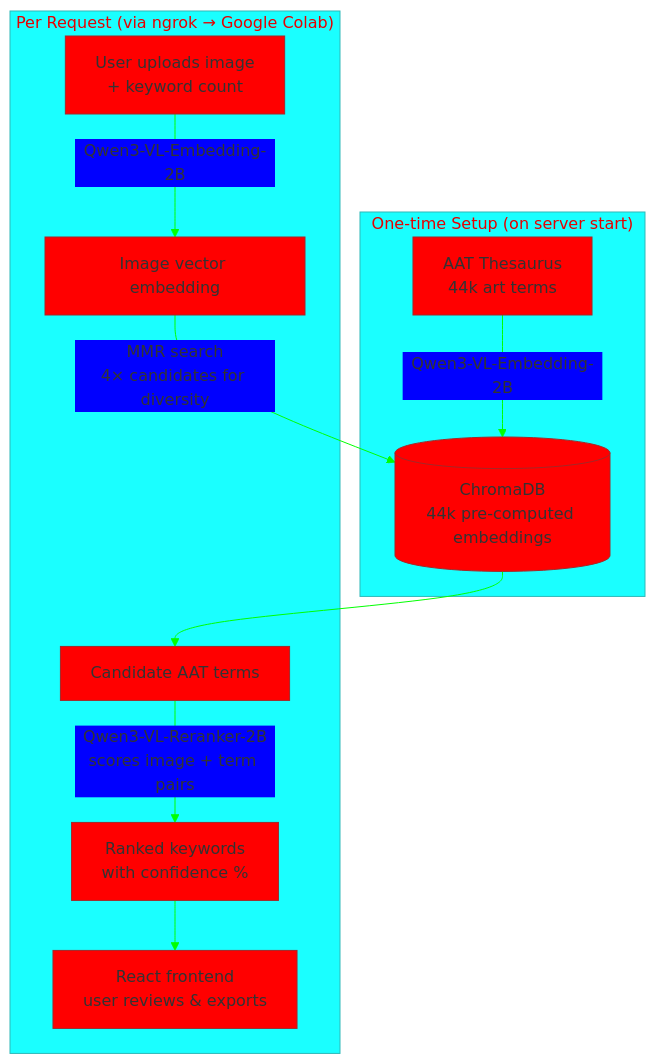
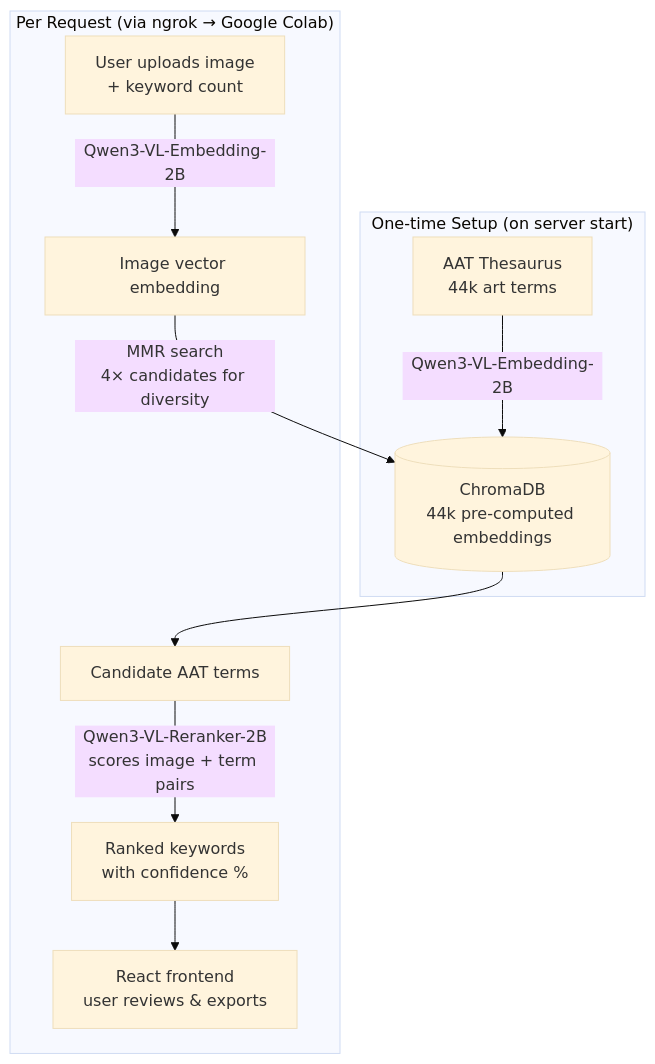
One commit to cs2535-oakhoury-2026spring/Mills-Museum changed the diagram in README.md. Above: the diagram before and after it, drawn with Mermaid.

Commit message:
Simplify mermaid diagram theme initialization
Removed unnecessary theme variables from the mermaid diagram initialization.

````diff
--- a/README.md
+++ b/README.md
@@ -59,15 +59,15 @@
 ```mermaid
-%%{init: { 'theme': 'base', 'themeVariables': { 'primaryColor': '#ff0000', 'lineColor': '#00ff00' }}}%%
+%%{init: {'theme': 'base'}}%%
 flowchart TD
     subgraph Setup["One-time Setup (on server start)"]
         A["AAT Thesaurus\n44k art terms"] -->|"Qwen3-VL-Embedding-2B"| B[("ChromaDB\n44k pre-computed embeddings")]
     end
 
     subgraph Request["Per Request (via ngrok → Google Colab)"]
         C["User uploads image\n+ keyword count"] -->|"Qwen3-VL-Embedding-2B"| D["Image vector embedding"]
         D -->|"MMR search\n4× candidates for diversity"| B
         B --> E["Candidate AAT terms"]
         E -->|"Qwen3-VL-Reranker-2B\nscores image + term pairs"| F["Ranked keywords\nwith confidence %"]
         F --> G["React frontend\nuser reviews & exports"]
     end
 ```
````
